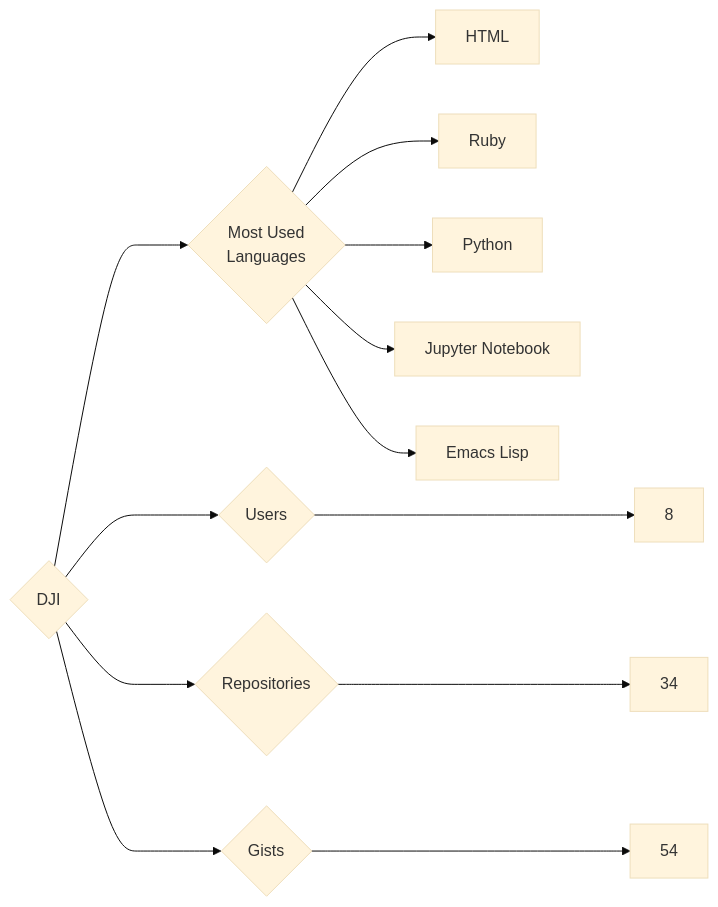
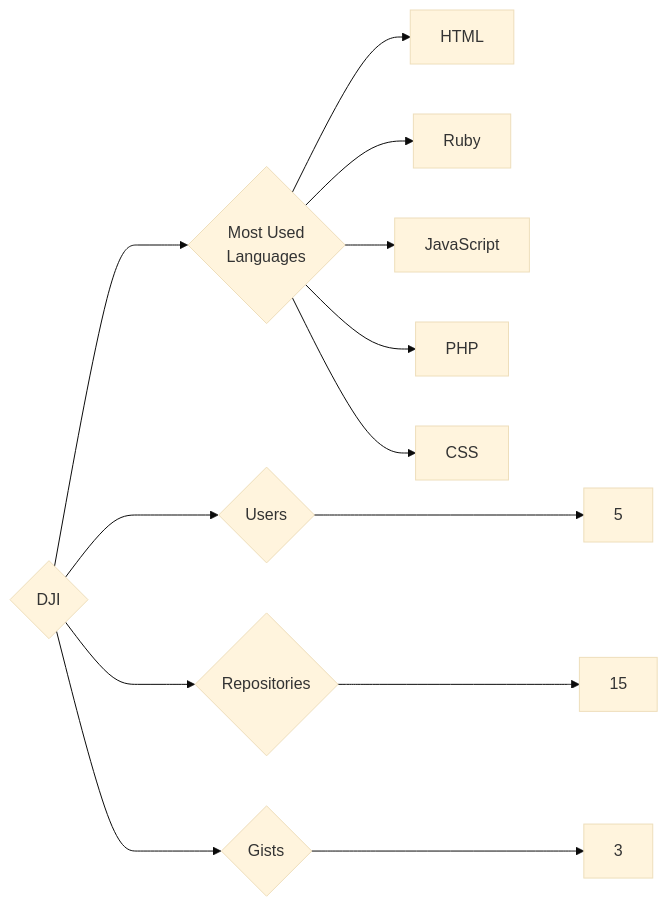
Before and after one commit to trickest/insiders: the diagram in targets/DJI/README.md, drawn with Mermaid (base theme). The commit also changed 965 other files, not shown here.

````diff
--- a/targets/DJI/README.md
+++ b/targets/DJI/README.md
@@ -3,13 +3,13 @@
 ```mermaid
 graph LR
 COMPANY_NAME{DJI}
-COMPANY_NAME ---> U{Users} ---> UN[8]
-COMPANY_NAME ---> R{Repositories} ---> RN[34]
-COMPANY_NAME ---> G{Gists} ---> GN[54]
+COMPANY_NAME ---> U{Users} ---> UN[5]
+COMPANY_NAME ---> R{Repositories} ---> RN[15]
+COMPANY_NAME ---> G{Gists} ---> GN[3]
 COMPANY_NAME ---> ML{Most Used<br>Languages}
 ML --> HTML[HTML]
 ML --> Ruby[Ruby]
-ML --> Python[Python]
-ML --> Jupyter_Notebook[Jupyter Notebook]
-ML --> Emacs_Lisp[Emacs Lisp]
+ML --> JavaScript[JavaScript]
+ML --> PHP[PHP]
+ML --> CSS[CSS]
 ```
````
